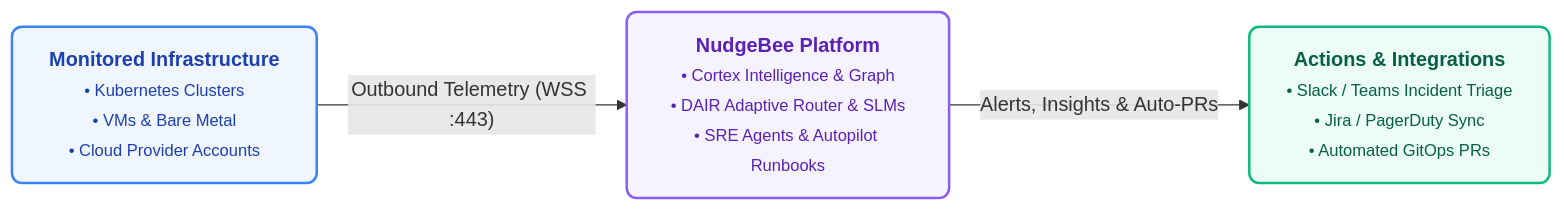
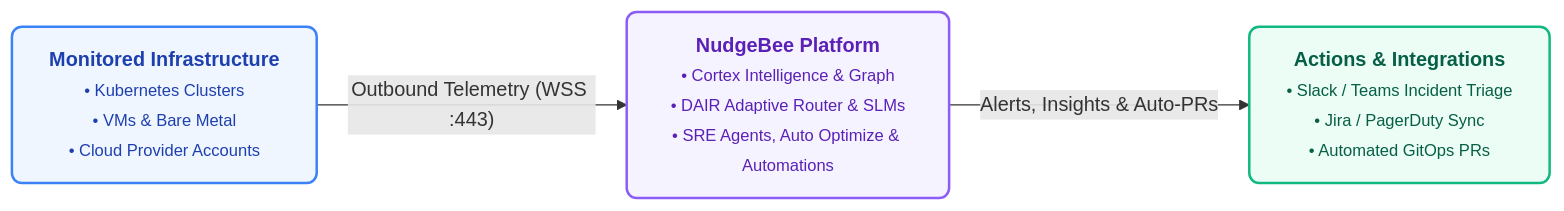
One commit to nudgebee/nudgebee-docs changed the first of 2 diagrams in doc-server/docs/index.md. Above: the diagram before and after it, drawn with Mermaid. The commit also changed other lines of this file and 27 other files, not shown here.

First line of the commit message:
docs(features): document Optimize and Auto Optimize (#902)

````diff
--- a/doc-server/docs/index.md
+++ b/doc-server/docs/index.md
@@ -113,13 +113,13 @@
 ```mermaid
 flowchart LR
     classDef infra fill:#eff6ff,stroke:#3b82f6,stroke-width:2px,color:#1e40af,rx:8,ry:8;
     classDef platform fill:#f5f3ff,stroke:#8b5cf6,stroke-width:2px,color:#5b21b6,rx:8,ry:8;
     classDef integ fill:#ecfdf5,stroke:#10b981,stroke-width:2px,color:#065f46,rx:8,ry:8;
 
     INFRA["<b>Monitored Infrastructure</b><br/><small>• Kubernetes Clusters<br/>• VMs & Bare Metal<br/>• Cloud Provider Accounts</small>"]:::infra
-    PLATFORM["<b>NudgeBee Platform</b><br/><small>• Cortex Intelligence & Graph<br/>• DAIR Adaptive Router & SLMs<br/>• SRE Agents & Autopilot Runbooks</small>"]:::platform
+    PLATFORM["<b>NudgeBee Platform</b><br/><small>• Cortex Intelligence & Graph<br/>• DAIR Adaptive Router & SLMs<br/>• SRE Agents, Auto Optimize & Automations</small>"]:::platform
     INTEG["<b>Actions & Integrations</b><br/><small>• Slack / Teams Incident Triage<br/>• Jira / PagerDuty Sync<br/>• Automated GitOps PRs</small>"]:::integ
 
     INFRA -->|"Outbound Telemetry (WSS :443)"| PLATFORM
     PLATFORM -->|"Alerts, Insights & Auto-PRs"| INTEG
 ```
````
